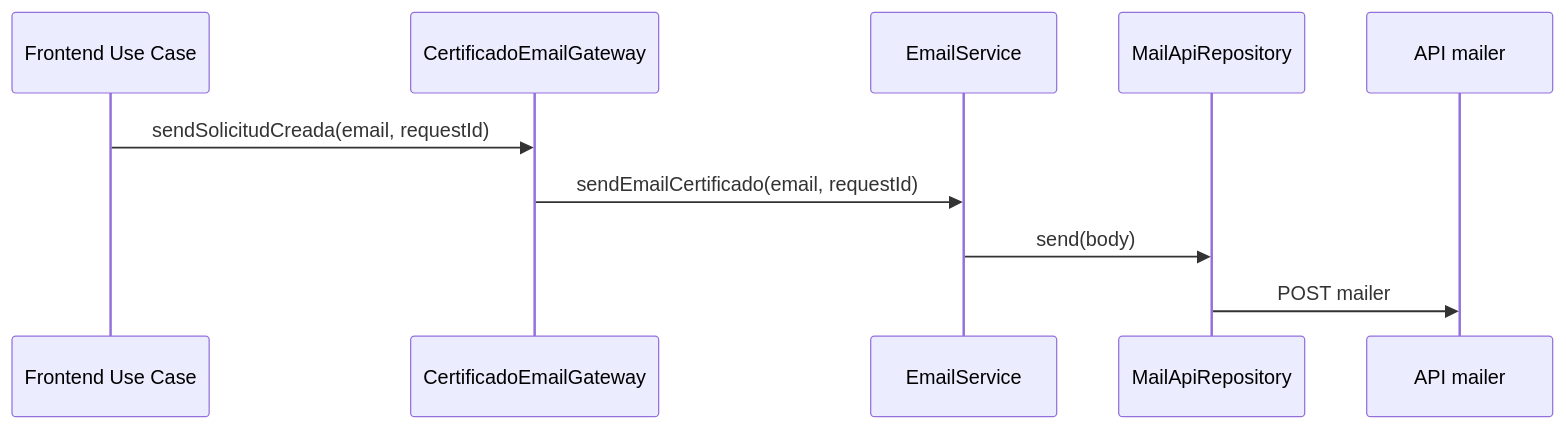
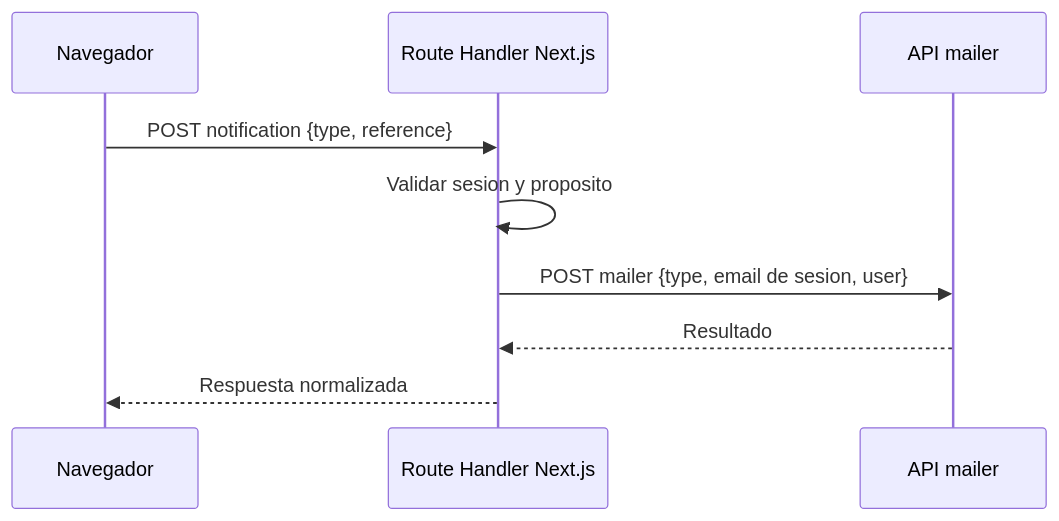
Before and after one commit to luismiguelgs/ciunac-sol-1.3: the diagram in docs/integration/api-contracts.md, drawn with Mermaid. The commit also changed other lines of this file and 88 other files, not shown here.

````diff
--- a/docs/integration/api-contracts.md
+++ b/docs/integration/api-contracts.md
@@ -10,13 +20,12 @@
 ```mermaid
 sequenceDiagram
-    participant UI as Frontend Use Case
-    participant Gateway as CertificadoEmailGateway
-    participant Service as EmailService
-    participant Repo as MailApiRepository
-    participant API as API mailer
+    participant UI as Navegador
+    participant Route as Route Handler Next.js
+    participant Mail as API mailer
 
-    UI->>Gateway: sendSolicitudCreada(email, requestId)
-    Gateway->>Service: sendEmailCertificado(email, requestId)
-    Service->>Repo: send(body)
-    Repo->>API: POST mailer
+    UI->>Route: POST notification {type, reference}
+    Route->>Route: Validar sesion y proposito
+    Route->>Mail: POST mailer {type, email de sesion, user}
+    Mail-->>Route: Resultado
+    Route-->>UI: Respuesta normalizada
 ```
````
